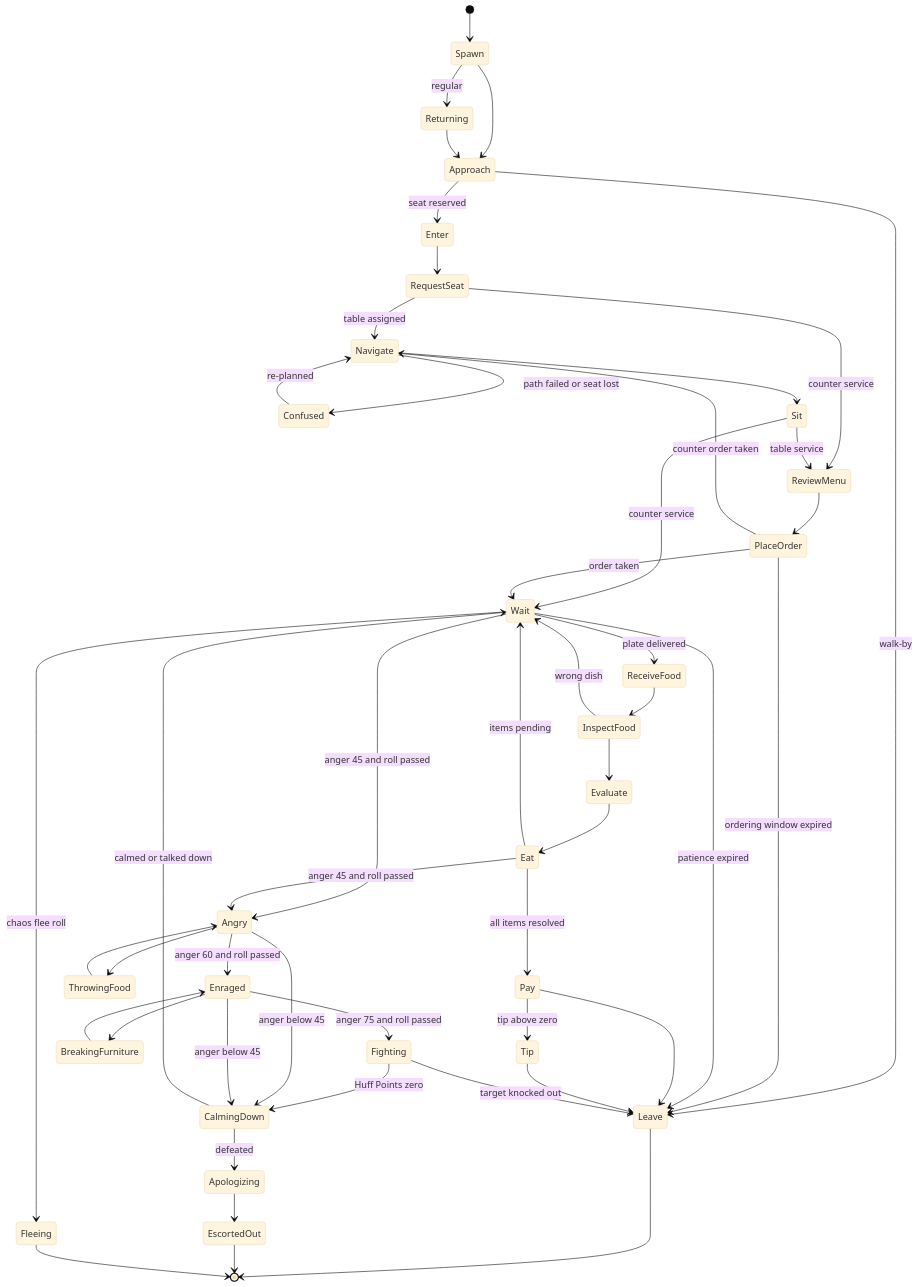
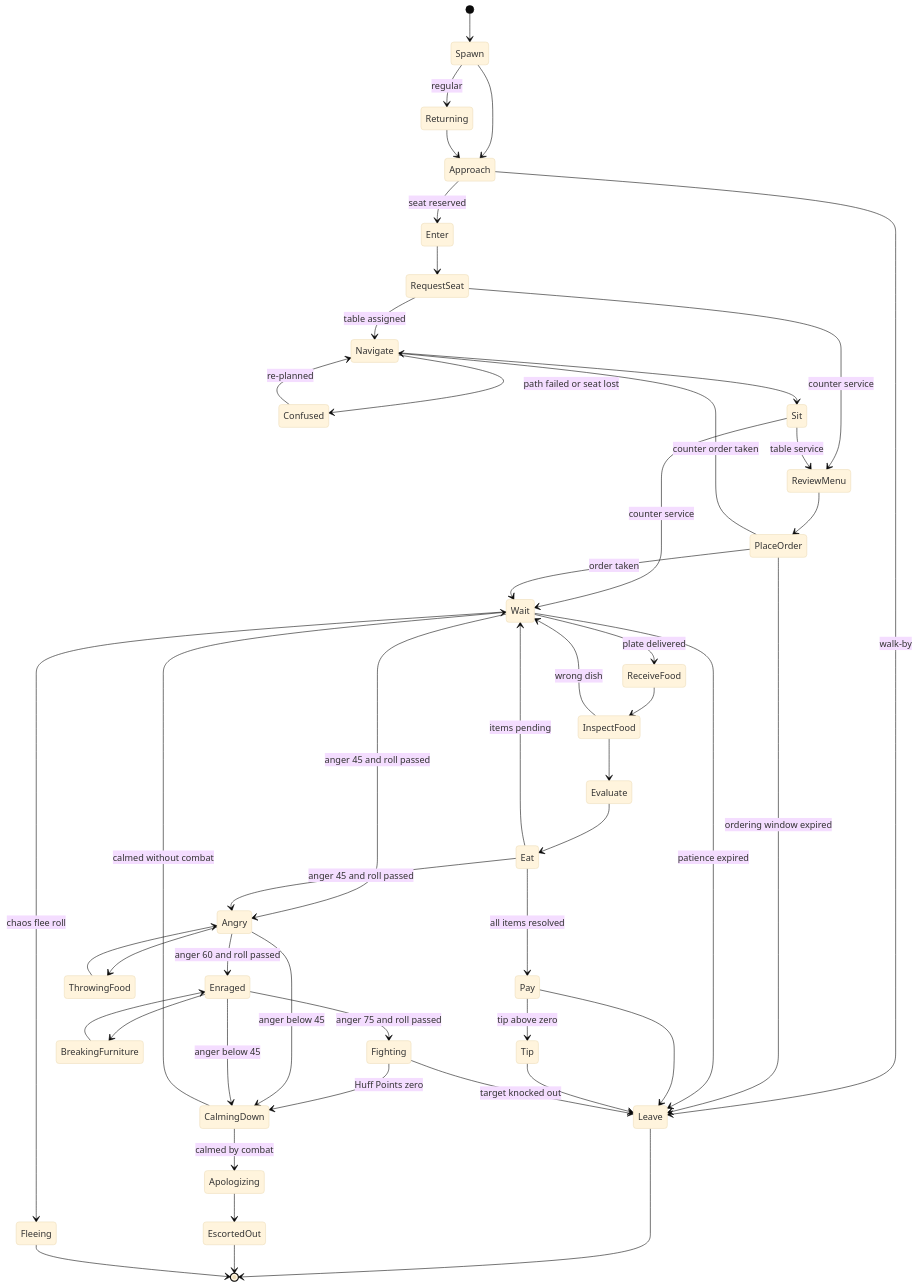
Before and after one commit to sol-singula/ra1: the diagram in gdd/sections/08_customer_ai.md, drawn with Mermaid (base theme). The commit also changed other lines of this file and 28 other files, not shown here.

````diff
--- a/gdd/sections/08_customer_ai.md
+++ b/gdd/sections/08_customer_ai.md
@@ -387,52 +391,52 @@
 ```mermaid
 %% diagram: customer-state-machine
 stateDiagram-v2
     [*] --> Spawn
     Spawn --> Returning: regular
     Spawn --> Approach
     Returning --> Approach
     Approach --> Enter: seat reserved
     Approach --> Leave: walk-by
     Enter --> RequestSeat
     RequestSeat --> Navigate: table assigned
     RequestSeat --> ReviewMenu: counter service
     Navigate --> Confused: path failed or seat lost
     Confused --> Navigate: re-planned
     Navigate --> Sit
     Sit --> ReviewMenu: table service
     Sit --> Wait: counter service
     ReviewMenu --> PlaceOrder
     PlaceOrder --> Wait: order taken
     PlaceOrder --> Navigate: counter order taken
     PlaceOrder --> Leave: ordering window expired
     Wait --> ReceiveFood: plate delivered
     Wait --> Leave: patience expired
     ReceiveFood --> InspectFood
     InspectFood --> Wait: wrong dish
     InspectFood --> Evaluate
     Evaluate --> Eat
     Eat --> Wait: items pending
     Eat --> Pay: all items resolved
     Pay --> Tip: tip above zero
     Pay --> Leave
     Tip --> Leave
     Leave --> [*]
     Wait --> Angry: anger 45 and roll passed
     Eat --> Angry: anger 45 and roll passed
     Angry --> ThrowingFood
     ThrowingFood --> Angry
     Angry --> Enraged: anger 60 and roll passed
     Enraged --> BreakingFurniture
     BreakingFurniture --> Enraged
     Enraged --> Fighting: anger 75 and roll passed
     Fighting --> CalmingDown: Huff Points zero
     Angry --> CalmingDown: anger below 45
     Enraged --> CalmingDown: anger below 45
-    CalmingDown --> Wait: calmed or talked down
-    CalmingDown --> Apologizing: defeated
+    CalmingDown --> Wait: calmed without combat
+    CalmingDown --> Apologizing: calmed by combat
     Apologizing --> EscortedOut
     EscortedOut --> [*]
     Fighting --> Leave: target knocked out
     Wait --> Fleeing: chaos flee roll
     Fleeing --> [*]
 ```
````
